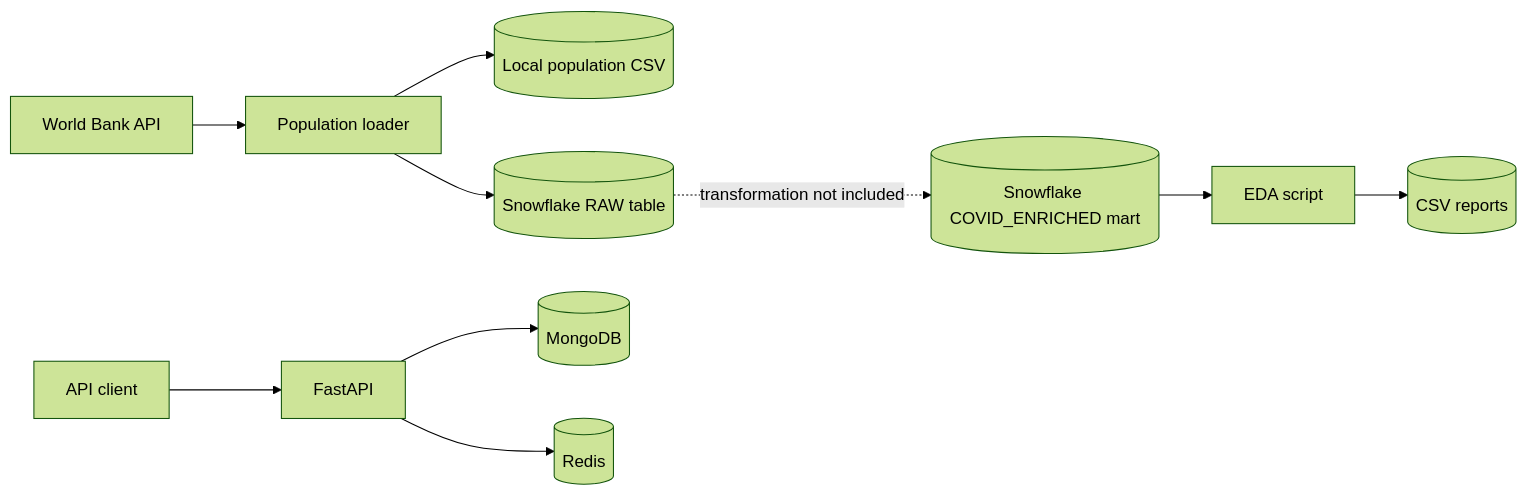
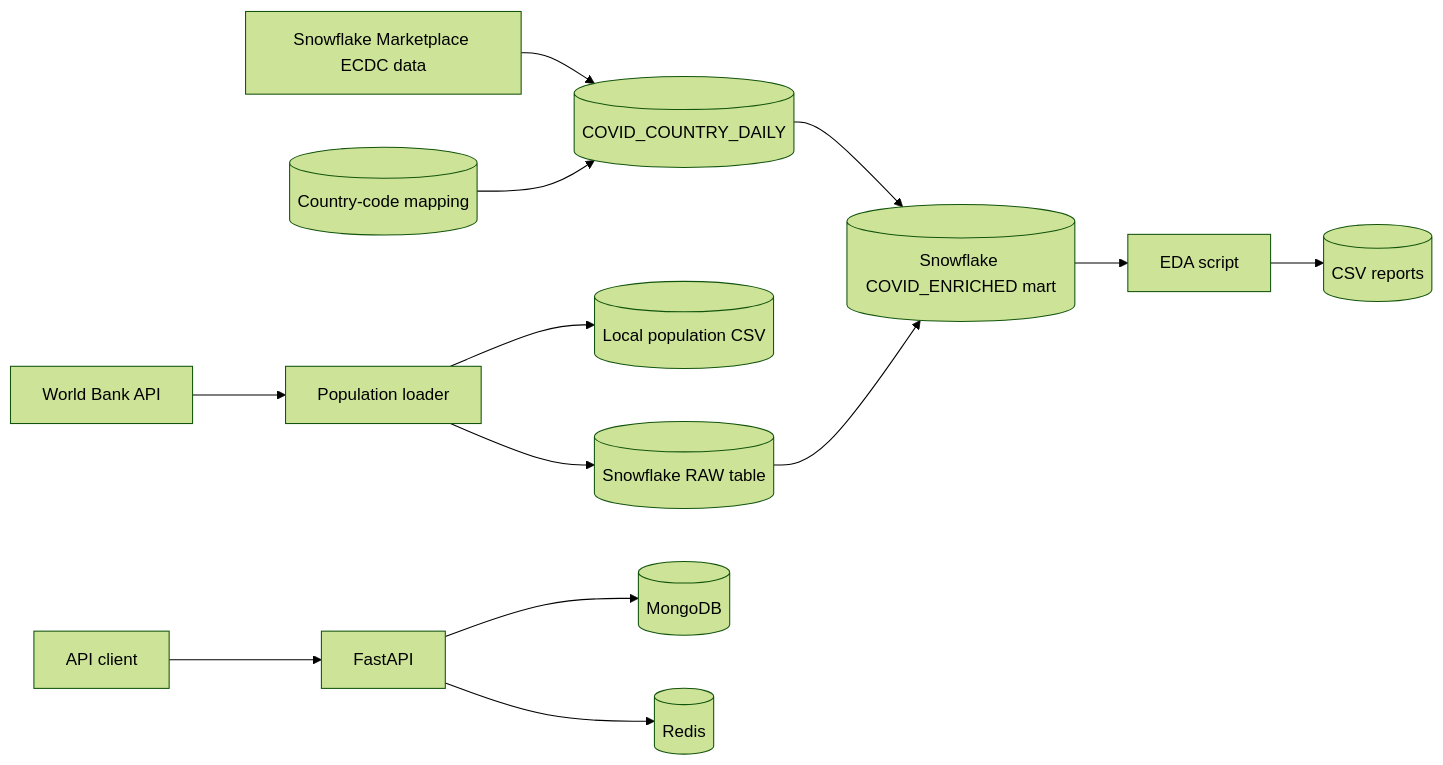
One commit to synku20777/bootcamp-project changed the diagram in README.md. Above: the diagram before and after it, drawn with Mermaid (forest theme). The commit also changed other lines of this file and 12 other files, not shown here.

````diff
--- a/README.md
+++ b/README.md
@@ -27,13 +33,16 @@
 ```mermaid
 flowchart LR
+    Market[Snowflake Marketplace ECDC data] --> Staging[(COVID_COUNTRY_DAILY)]
+    Mapping[(Country-code mapping)] --> Staging
     WB[World Bank API] --> Loader[Population loader]
     Loader --> CSV[(Local population CSV)]
     Loader --> Raw[(Snowflake RAW table)]
-    Raw -. transformation not included .-> Marts[(Snowflake COVID_ENRICHED mart)]
+    Staging --> Marts[(Snowflake COVID_ENRICHED mart)]
+    Raw --> Marts
     Marts --> EDA[EDA script]
     EDA --> Reports[(CSV reports)]
 
     Client[API client] --> API[FastAPI]
     API --> Mongo[(MongoDB)]
     API --> Redis[(Redis)]
 ```
````
